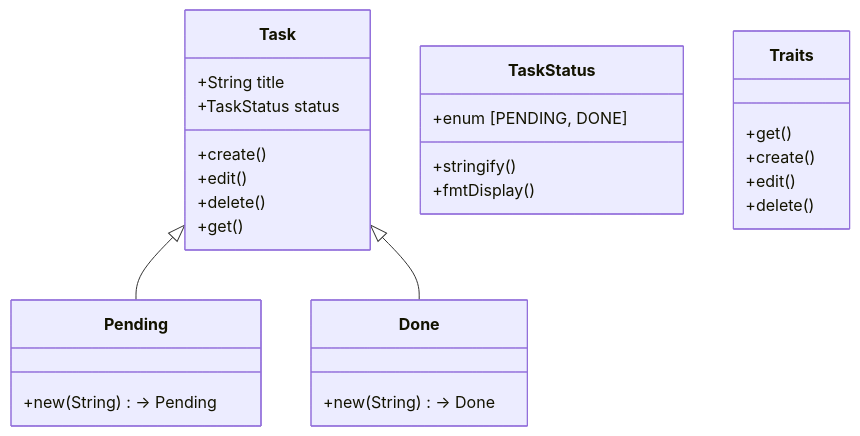
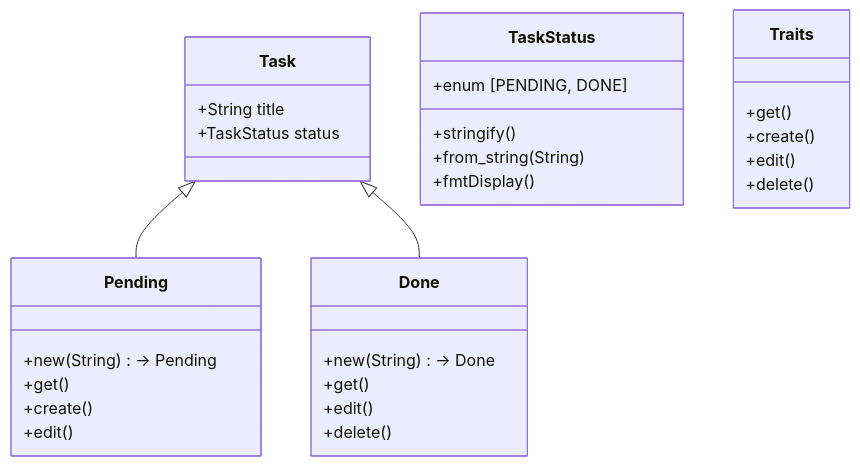
The diagram in todo/api/arch.md (pocoq/rust-web-programming), drawn with Mermaid before and after one commit. The commit also changed 11 other files, not shown here.

````diff
--- a/todo/api/arch.md
+++ b/todo/api/arch.md
@@ -2,24 +2,27 @@
 ```mermaid
 classDiagram
       Task <|-- Pending
       Task <|-- Done
       Task : +String title
       Task : +TaskStatus status
-	  Task : +create()
-	  Task : +edit()
-	  Task : +delete()
-	  Task : +get()
       class Pending{
           +new(String) -> Pending
+		  +get()
+		  +create()
+		  +edit()
       }
       class Done{
           +new(String) -> Done
+		  +get()
+		  +edit()
+		  +delete()
       }
 	  TaskStatus : +enum [PENDING, DONE]
       TaskStatus : +stringify()
+	  TaskStatus : +from_string(String)
       TaskStatus : +fmtDisplay()
 	  Traits: +get()
 	  Traits: +create()
 	  Traits: +edit()
 	  Traits: +delete()
 ```
````
